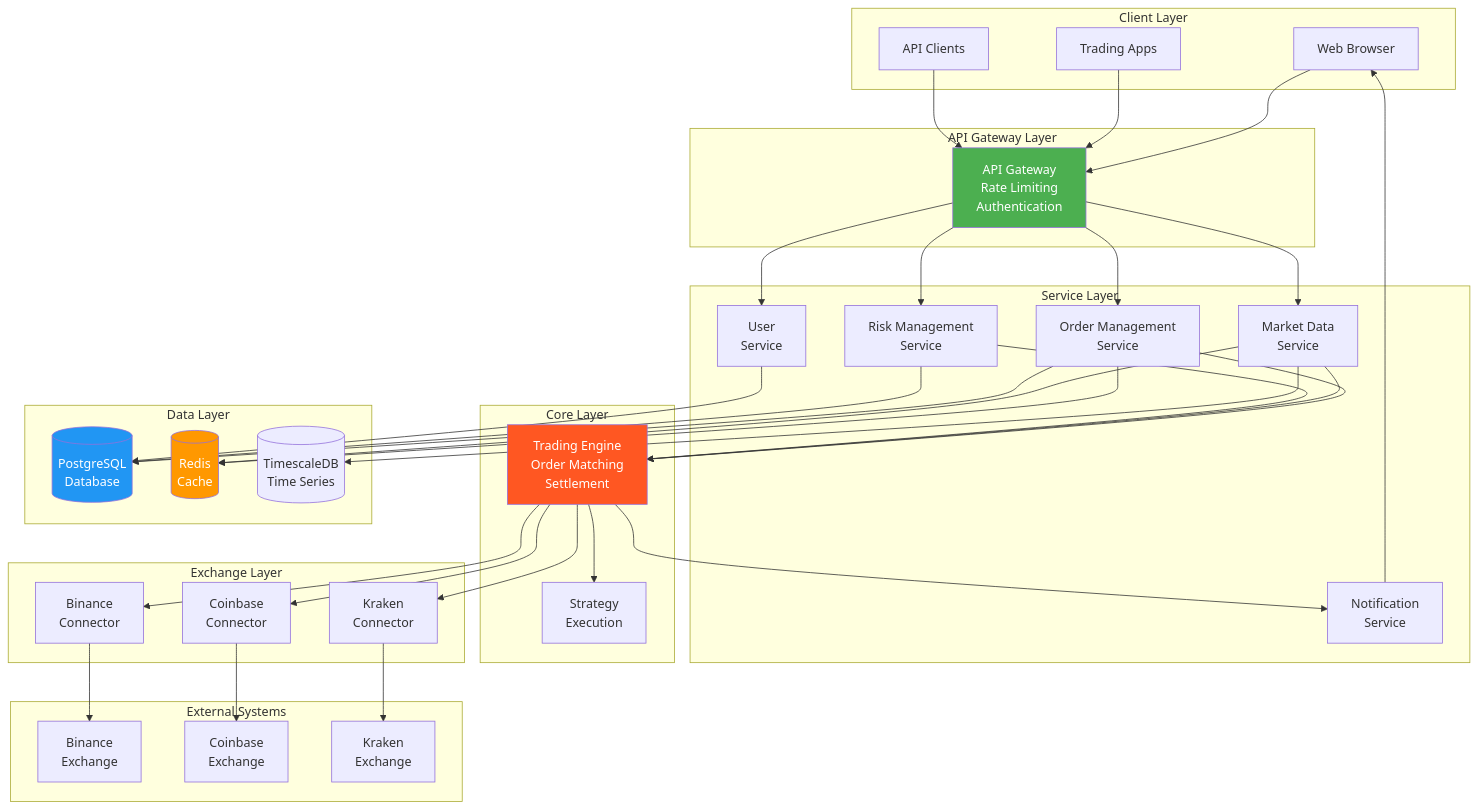
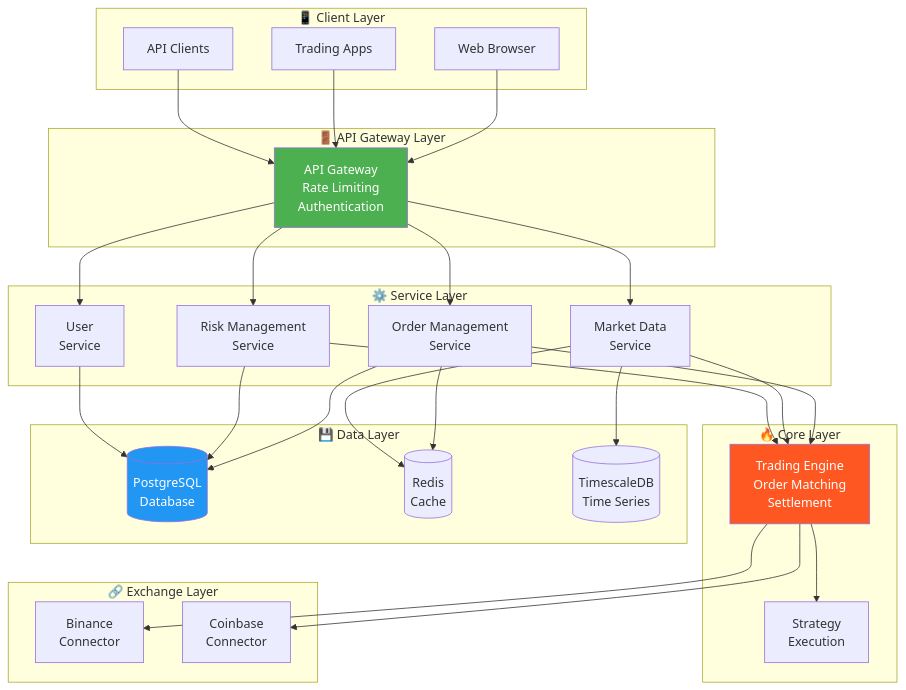
The eighth of 52 diagrams in diagrams.md (abdoElHodaky/tradSys), drawn with Mermaid before and after one commit. The commit also changed other lines of this file, not shown here.

````diff
--- a/diagrams.md
+++ b/diagrams.md
@@ -531,81 +206,64 @@
 ```mermaid
 graph TB
-    subgraph "Client Layer"
-        WEB[Web Browser]
-        APP[Trading Apps]
-        API_CLIENT[API Clients]
+    subgraph ClientLayer["📱 Client Layer"]
+        WEB["Web Browser"]
+        APP["Trading Apps"]
+        API_CLIENT["API Clients"]
     end
     
-    subgraph "API Gateway Layer"
-        GATEWAY[API Gateway<br/>Rate Limiting<br/>Authentication]
+    subgraph GatewayLayer["🚪 API Gateway Layer"]
+        GATEWAY["API Gateway<br/>Rate Limiting<br/>Authentication"]
     end
     
-    subgraph "Service Layer"
-        ORDER[Order Management<br/>Service]
-        MARKET[Market Data<br/>Service]
-        RISK[Risk Management<br/>Service]
-        USER[User<br/>Service]
-        NOTIFY[Notification<br/>Service]
+    subgraph ServiceLayer["⚙️ Service Layer"]
+        ORDER["Order Management<br/>Service"]
+        MARKET["Market Data<br/>Service"]
+        RISK["Risk Management<br/>Service"]
+        USER["User<br/>Service"]
     end
     
-    subgraph "Core Layer"
-        ENGINE[Trading Engine<br/>Order Matching<br/>Settlement]
-        STRATEGY[Strategy<br/>Execution]
+    subgraph CoreLayer["🔥 Core Layer"]
+        ENGINE["Trading Engine<br/>Order Matching<br/>Settlement"]
+        STRATEGY["Strategy<br/>Execution"]
     end
     
-    subgraph "Exchange Layer"
-        BINANCE[Binance<br/>Connector]
-        COINBASE[Coinbase<br/>Connector]
-        KRAKEN[Kraken<br/>Connector]
+    subgraph ExchangeLayer["🔗 Exchange Layer"]
+        BINANCE["Binance<br/>Connector"]
+        COINBASE["Coinbase<br/>Connector"]
     end
     
-    subgraph "Data Layer"
-        DB[(PostgreSQL<br/>Database)]
-        CACHE[(Redis<br/>Cache)]
-        TS[(TimescaleDB<br/>Time Series)]
-    end
-    
-    subgraph "External Systems"
-        EX_BINANCE[Binance<br/>Exchange]
-        EX_COINBASE[Coinbase<br/>Exchange]
-        EX_KRAKEN[Kraken<br/>Exchange]
+    subgraph DataLayer["💾 Data Layer"]
+        DB[("PostgreSQL<br/>Database")]
+        CACHE[("Redis<br/>Cache")]
+        TS[("TimescaleDB<br/>Time Series")]
     end
     
     WEB --> GATEWAY
     APP --> GATEWAY
     API_CLIENT --> GATEWAY
     
     GATEWAY --> ORDER
     GATEWAY --> MARKET
     GATEWAY --> RISK
     GATEWAY --> USER
     
     ORDER --> ENGINE
     MARKET --> ENGINE
     RISK --> ENGINE
     
     ENGINE --> STRATEGY
     ENGINE --> BINANCE
     ENGINE --> COINBASE
-    ENGINE --> KRAKEN
-    
-    BINANCE --> EX_BINANCE
-    COINBASE --> EX_COINBASE
-    KRAKEN --> EX_KRAKEN
     
     ORDER --> DB
     RISK --> DB
     USER --> DB
     MARKET --> TS
     
     ORDER --> CACHE
     MARKET --> CACHE
     
-    ENGINE --> NOTIFY
-    NOTIFY --> WEB
-    
     style GATEWAY fill:#4CAF50,color:#fff
     style ENGINE fill:#FF5722,color:#fff
     style DB fill:#2196F3,color:#fff
-    style CACHE fill:#FF9800,color:#fff
 ```
````
